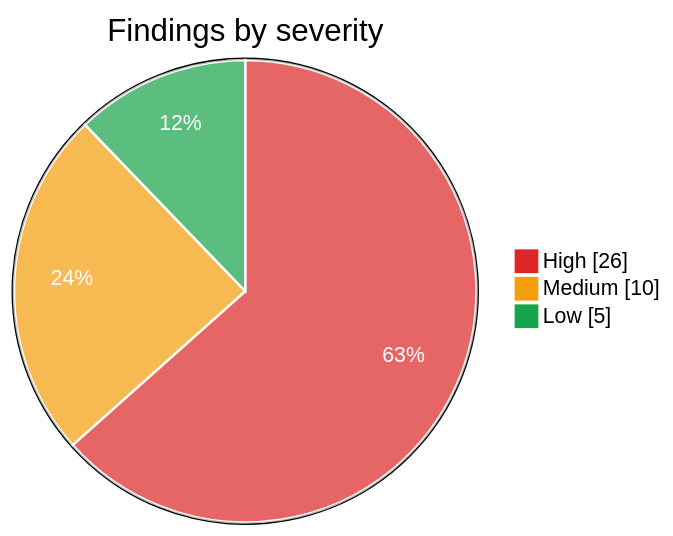
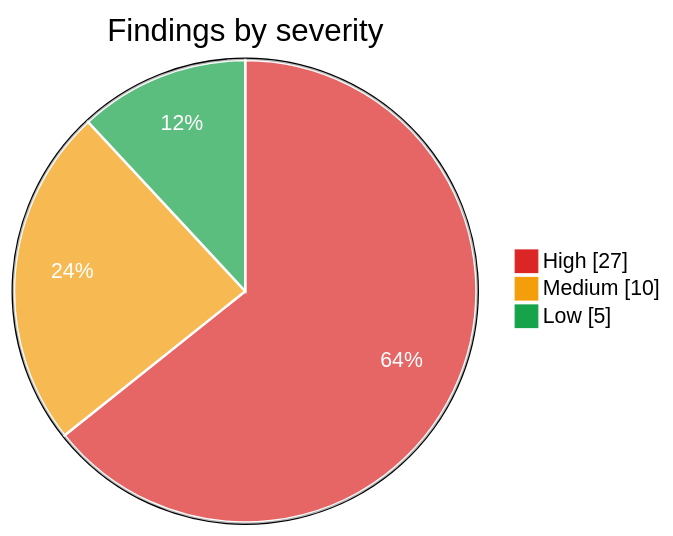
Before and after one commit to Mihirajmera/agent-access-review: the fourth of 4 diagrams in README.md, drawn with Mermaid. The commit also changed other lines of this file and 17 other files, not shown here.

````diff
--- a/README.md
+++ b/README.md
@@ -212,7 +213,7 @@
 ```mermaid
 %%{init: {"themeVariables": {"pie1": "#dc2626", "pie2": "#f59e0b", "pie3": "#16a34a", "pieSectionTextColor": "#ffffff", "pieStrokeColor": "#ffffff"}}}%%
 pie showData title Findings by severity
-    "High" : 26
+    "High" : 27
     "Medium" : 10
     "Low" : 5
 ```
````
